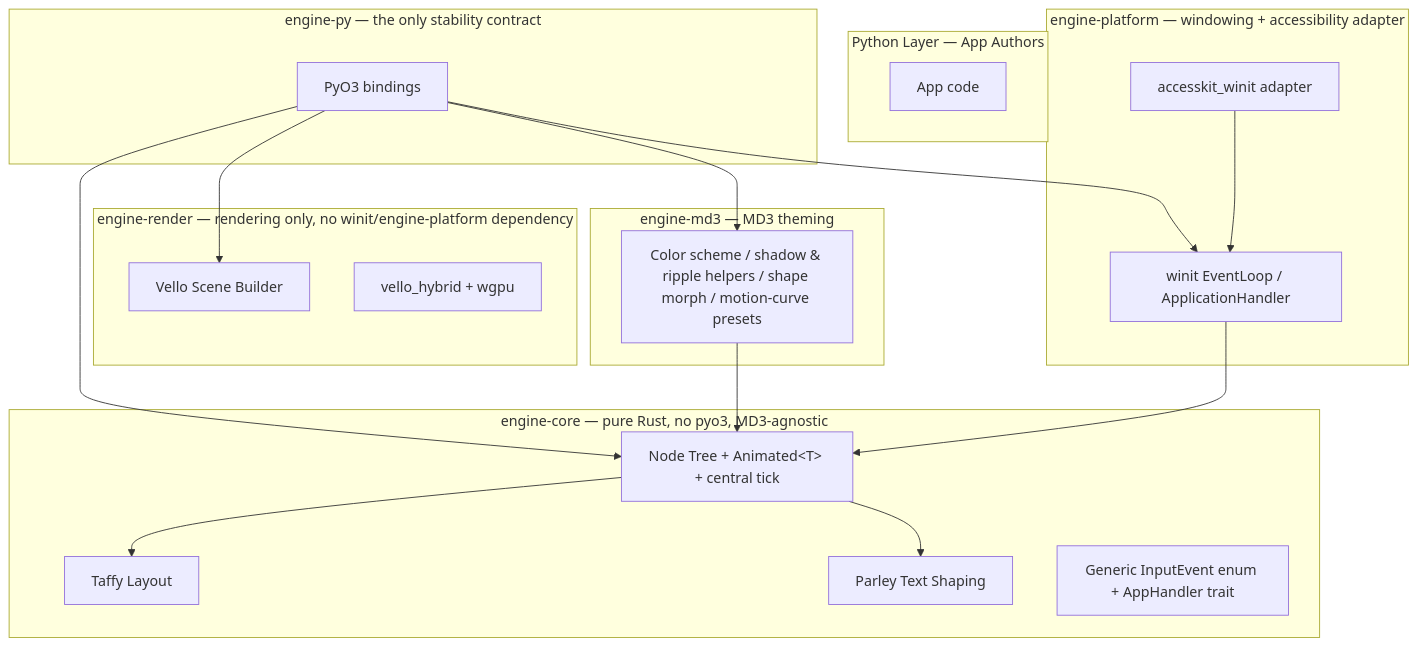
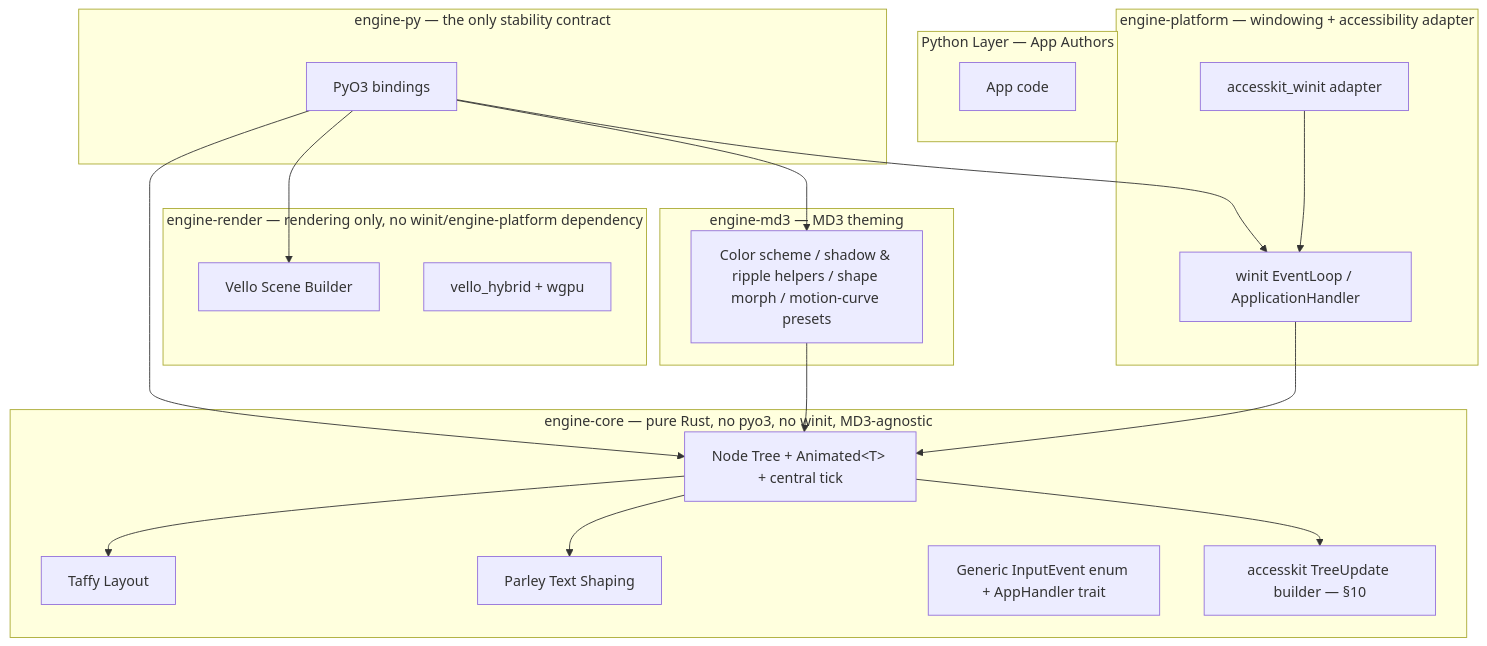
One commit to mindderivative/tre changed the first of 2 diagrams in ARCHITECTURE.md. Above: the diagram before and after it, drawn with Mermaid. The commit also changed other lines of this file, not shown here.

````diff
--- a/ARCHITECTURE.md
+++ b/ARCHITECTURE.md
@@ -98,35 +100,37 @@
 ```mermaid
 graph TD
     subgraph Python["Python Layer — App Authors"]
         A[App code]
     end
     subgraph FFI["engine-py — the only stability contract"]
         C[PyO3 bindings]
     end
-    subgraph Core["engine-core — pure Rust, no pyo3, MD3-agnostic"]
+    subgraph Core["engine-core — pure Rust, no pyo3, no winit, MD3-agnostic"]
         D[Node Tree + Animated&lt;T&gt; + central tick]
         E[Taffy Layout]
         F[Parley Text Shaping]
         N[Generic InputEvent enum + AppHandler trait]
+        O[accesskit TreeUpdate builder — §10]
     end
     subgraph MD3["engine-md3 — MD3 theming"]
         G[Color scheme / shadow &amp; ripple helpers / shape morph / motion-curve presets]
     end
     subgraph Render["engine-render — rendering only, no winit/engine-platform dependency"]
         H[Vello Scene Builder]
         I[vello_hybrid + wgpu]
     end
     subgraph Platform["engine-platform — windowing + accessibility adapter"]
         K[winit EventLoop / ApplicationHandler]
         L[accesskit_winit adapter]
     end
     C --> D
     C --> G
     C --> H
     C --> K
     G --> D
     K --> D
     L --> K
     D --> E
     D --> F
+    D --> O
 ```
````
